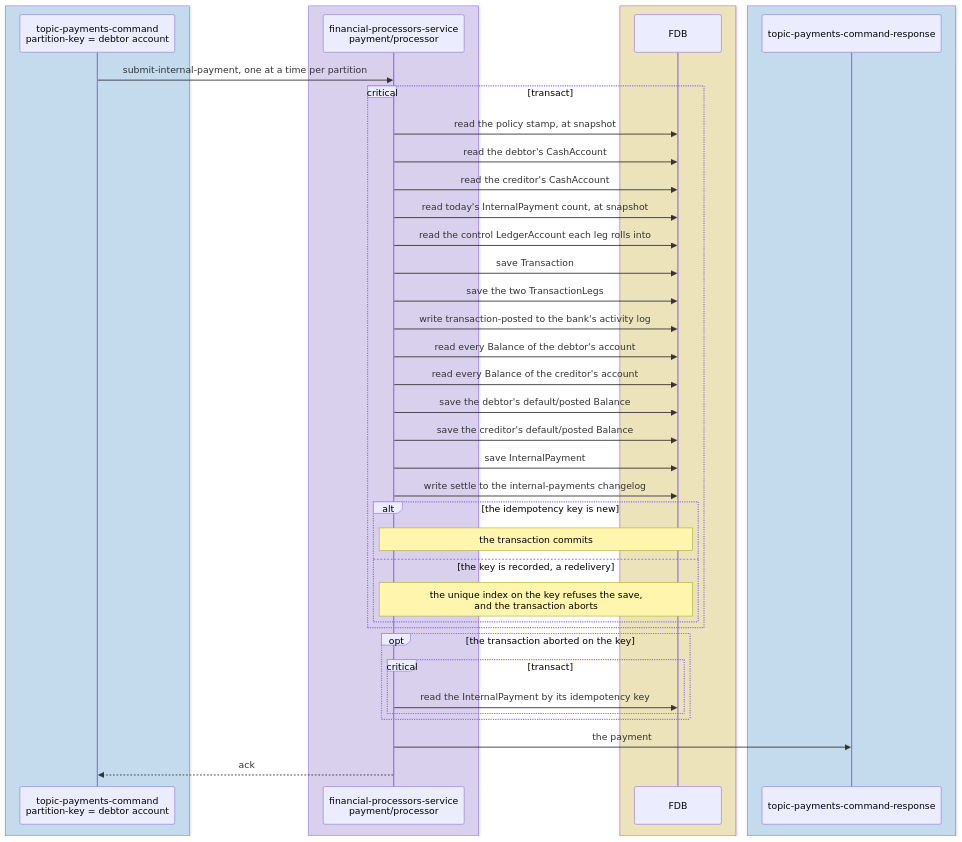
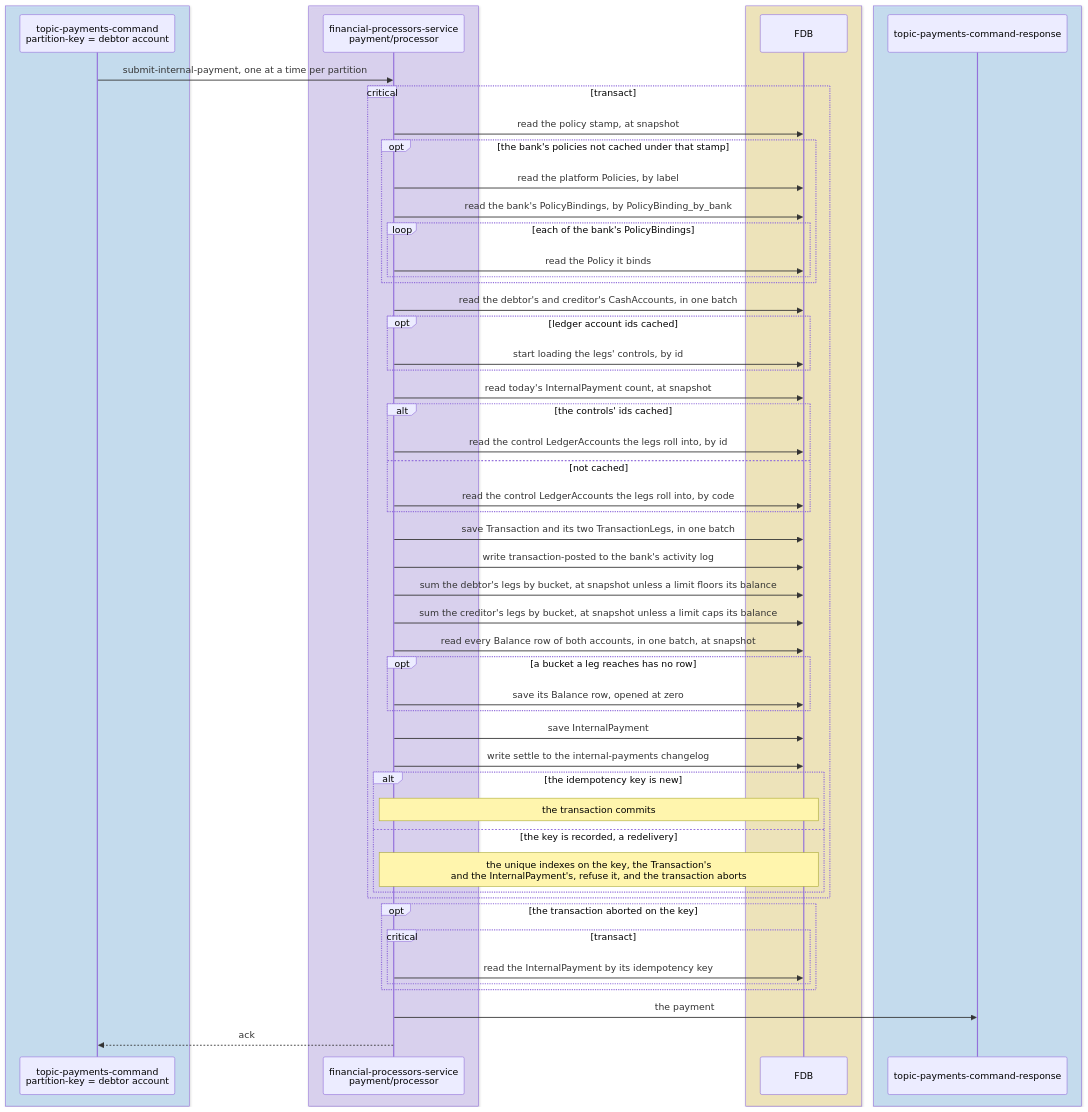
Before and after one commit to repldriven/queenswood: the third of 8 diagrams in docs/tdd/payments-internal.md, drawn with Mermaid. The commit also changed other lines of this file and 29 other files, not shown here.

````diff
--- a/docs/tdd/payments-internal.md
+++ b/docs/tdd/payments-internal.md
@@ -151,44 +151,58 @@
 ```mermaid
 sequenceDiagram
     box rgba(165, 216, 255, 0.45)
     participant PC as topic-payments-command<br/>partition-key = debtor account
     end
     box rgba(208, 191, 255, 0.45)
     participant PP as financial-processors-service<br/>payment/processor
     end
     box rgba(255, 236, 153, 0.5)
     participant DB as FDB
     end
     box rgba(165, 216, 255, 0.45)
     participant PR as topic-payments-command-response
     end
     PC->>PP: submit-internal-payment, one at a time per partition
     critical transact
     PP->>DB: read the policy stamp, at snapshot
-    PP->>DB: read the debtor's CashAccount
-    PP->>DB: read the creditor's CashAccount
+    opt the bank's policies not cached under that stamp
+    PP->>DB: read the platform Policies, by label
+    PP->>DB: read the bank's PolicyBindings, by PolicyBinding_by_bank
+    loop each of the bank's PolicyBindings
+    PP->>DB: read the Policy it binds
+    end
+    end
+    PP->>DB: read the debtor's and creditor's CashAccounts, in one batch
+    opt ledger account ids cached
+    PP->>DB: start loading the legs' controls, by id
+    end
     PP->>DB: read today's InternalPayment count, at snapshot
-    PP->>DB: read the control LedgerAccount each leg rolls into
-    PP->>DB: save Transaction
-    PP->>DB: save the two TransactionLegs
+    alt the controls' ids cached
+    PP->>DB: read the control LedgerAccounts the legs roll into, by id
+    else not cached
+    PP->>DB: read the control LedgerAccounts the legs roll into, by code
+    end
+    PP->>DB: save Transaction and its two TransactionLegs, in one batch
     PP->>DB: write transaction-posted to the bank's activity log
-    PP->>DB: read every Balance of the debtor's account
-    PP->>DB: read every Balance of the creditor's account
-    PP->>DB: save the debtor's default/posted Balance
-    PP->>DB: save the creditor's default/posted Balance
+    PP->>DB: sum the debtor's legs by bucket, at snapshot unless a limit floors its balance
+    PP->>DB: sum the creditor's legs by bucket, at snapshot unless a limit caps its balance
+    PP->>DB: read every Balance row of both accounts, in one batch, at snapshot
+    opt a bucket a leg reaches has no row
+    PP->>DB: save its Balance row, opened at zero
+    end
     PP->>DB: save InternalPayment
     PP->>DB: write settle to the internal-payments changelog
     alt the idempotency key is new
     Note over PP,DB: the transaction commits
     else the key is recorded, a redelivery
-    Note over PP,DB: the unique index on the key refuses the save,<br/>and the transaction aborts
+    Note over PP,DB: the unique indexes on the key, the Transaction's<br/>and the InternalPayment's, refuse it, and the transaction aborts
     end
     end
     opt the transaction aborted on the key
     critical transact
     PP->>DB: read the InternalPayment by its idempotency key
     end
     end
     PP->>PR: the payment
     PP-->>PC: ack
 ```
````
